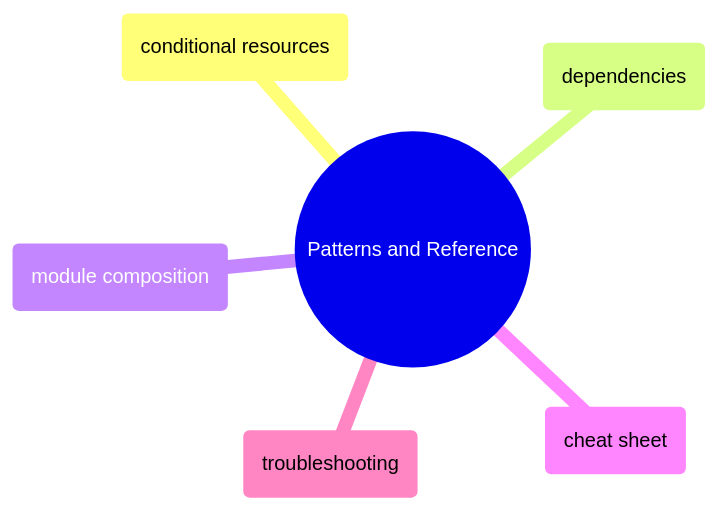
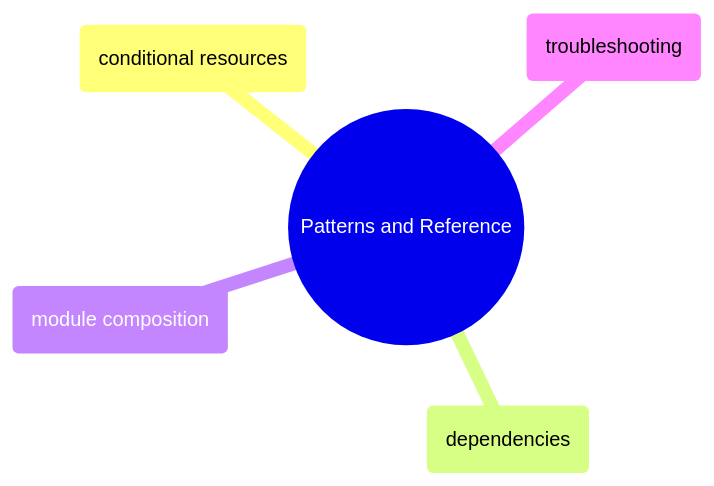
Before and after one commit to alp78/elysium: the diagram in content/07-Terraform/Domains/domain-patterns-and-reference.md, drawn with Mermaid. The commit also changed other lines of this file and 192 other files, not shown here.

````diff
--- a/content/07-Terraform/Domains/domain-patterns-and-reference.md
+++ b/content/07-Terraform/Domains/domain-patterns-and-reference.md
@@ -12,9 +12,9 @@
 ```mermaid
 mindmap
   ((Patterns and Reference))
     (conditional resources)
     (dependencies)
     (module composition)
-    (cheat sheet)
+
     (troubleshooting)
 ```
````
